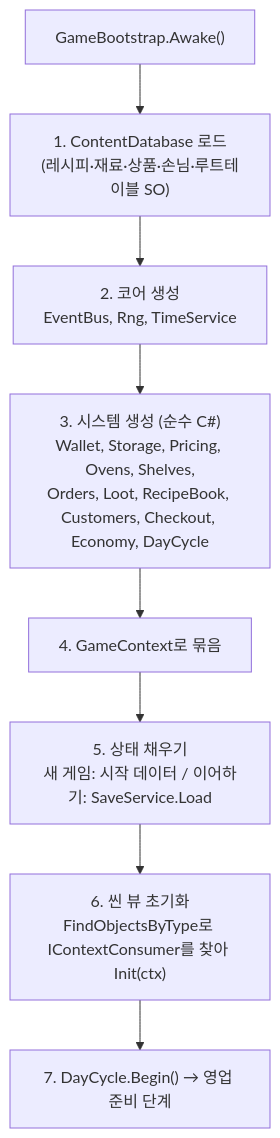
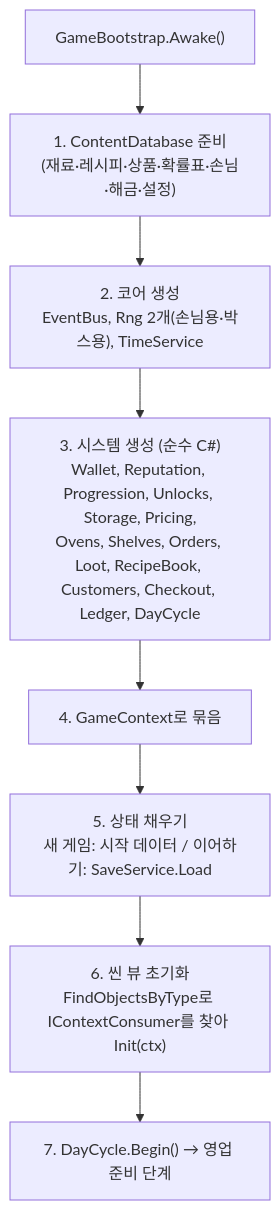
One commit to SeanKim0719/bakery-shop-simulator changed the first of 3 diagrams in docs/design/01-runtime-structure.md. Above: the diagram before and after it, drawn with Mermaid. The commit also changed other lines of this file and 43 other files, not shown here.

````diff
--- a/docs/design/01-runtime-structure.md
+++ b/docs/design/01-runtime-structure.md
@@ -31,10 +20,10 @@
 ```mermaid
 flowchart TB
-    Boot["GameBootstrap.Awake()"] --> DB["1. ContentDatabase 로드<br/>(레시피·재료·상품·손님·루트테이블 SO)"]
-    DB --> Core["2. 코어 생성<br/>EventBus, Rng, TimeService"]
-    Core --> Models["3. 시스템 생성 (순수 C#)<br/>Wallet, Storage, Pricing, Ovens, Shelves,<br/>Orders, Loot, RecipeBook, Customers, Checkout, Economy, DayCycle"]
+    Boot["GameBootstrap.Awake()"] --> DB["1. ContentDatabase 준비<br/>(재료·레시피·상품·확률표·손님·해금·설정)"]
+    DB --> Core["2. 코어 생성<br/>EventBus, Rng 2개(손님용·박스용), TimeService"]
+    Core --> Models["3. 시스템 생성 (순수 C#)<br/>Wallet, Reputation, Progression, Unlocks, Storage, Pricing,<br/>Ovens, Shelves, Orders, Loot, RecipeBook, Customers, Checkout, Ledger, DayCycle"]
     Models --> Ctx["4. GameContext로 묶음"]
     Ctx --> State["5. 상태 채우기<br/>새 게임: 시작 데이터 / 이어하기: SaveService.Load"]
     State --> Views["6. 씬 뷰 초기화<br/>FindObjectsByType로 IContextConsumer를 찾아 Init(ctx)"]
     Views --> Start["7. DayCycle.Begin() → 영업 준비 단계"]
 ```
````
